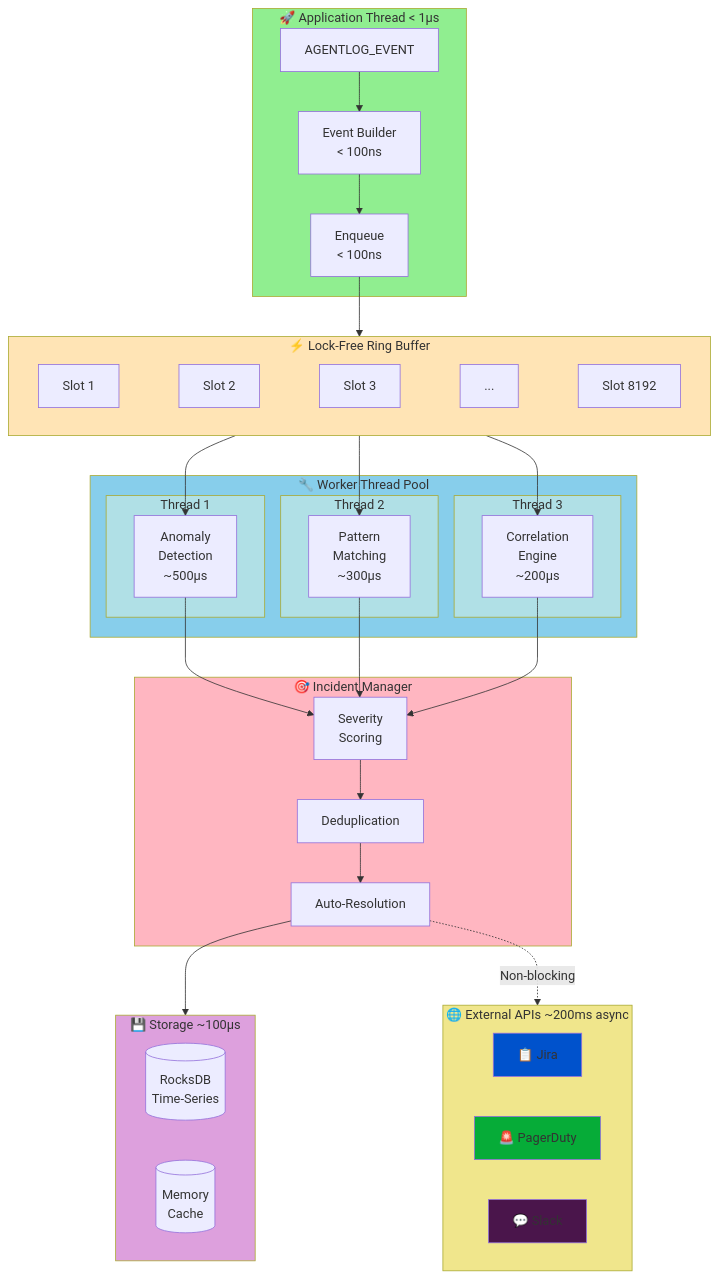
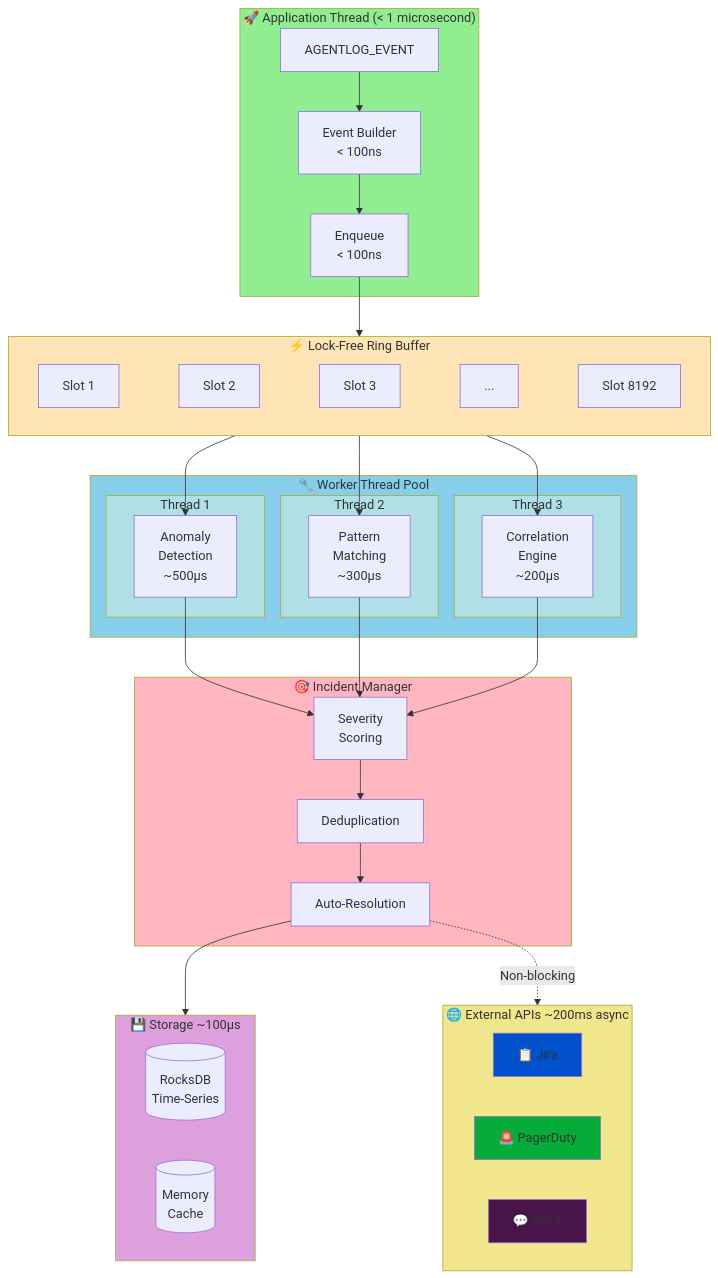
The eighth of 8 diagrams in README.md (ssam18/agentlog), drawn with Mermaid before and after one commit.

Commit message:
Fix microsecond symbol readability

````diff
--- a/README.md
+++ b/README.md
@@ -826,65 +826,65 @@
 ```mermaid
 graph TB
-    subgraph AppThread["🚀 Application Thread < 1μs"]
+    subgraph AppThread["🚀 Application Thread (< 1 microsecond)"]
         A1[AGENTLOG_EVENT] --> A2[Event Builder<br/>< 100ns]
         A2 --> A3[Enqueue<br/>< 100ns]
     end
     
     subgraph Queue["⚡ Lock-Free Ring Buffer"]
         B1[Slot 1]
         B2[Slot 2]
         B3[Slot 3]
         B4[...]
         B5[Slot 8192]
         B1 ~~~ B2 ~~~ B3 ~~~ B4 ~~~ B5
     end
     
     subgraph Workers["🔧 Worker Thread Pool"]
         subgraph T1["Thread 1"]
             C1[Anomaly<br/>Detection<br/>~500μs]
         end
         subgraph T2["Thread 2"]
             C2[Pattern<br/>Matching<br/>~300μs]
         end
         subgraph T3["Thread 3"]
             C3[Correlation<br/>Engine<br/>~200μs]
         end
     end
     
     subgraph Storage["💾 Storage ~100μs"]
         D1[(RocksDB<br/>Time-Series)]
         D2[(Memory<br/>Cache)]
     end
     
     subgraph Manager["🎯 Incident Manager"]
         E1[Severity<br/>Scoring]
         E2[Deduplication]
         E3[Auto-Resolution]
     end
     
     subgraph External["🌐 External APIs ~200ms async"]
         F1[📋 Jira]
         F2[🚨 PagerDuty]
         F3[💬 Slack]
     end
     
     A3 --> Queue
     Queue --> C1 & C2 & C3
     C1 & C2 & C3 --> E1
     E1 --> E2 --> E3
     E3 --> Storage
     E3 -.->|Non-blocking| External
     
     style AppThread fill:#90EE90
     style Queue fill:#FFE4B5
     style Workers fill:#87CEEB
     style T1 fill:#B0E0E6
     style T2 fill:#B0E0E6
     style T3 fill:#B0E0E6
     style Storage fill:#DDA0DD
     style Manager fill:#FFB6C1
     style External fill:#F0E68C
     style F1 fill:#0052CC
     style F2 fill:#06AC38
     style F3 fill:#4A154B
 ```
````
